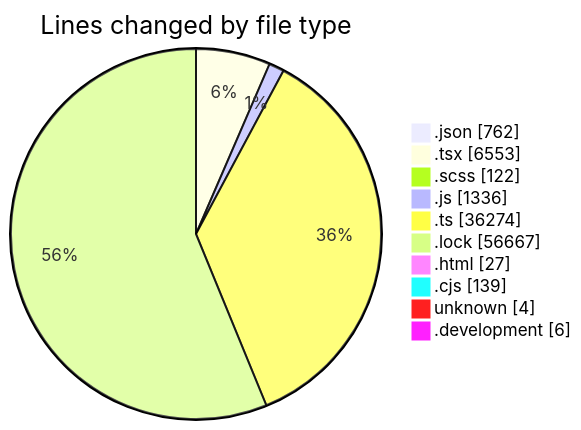
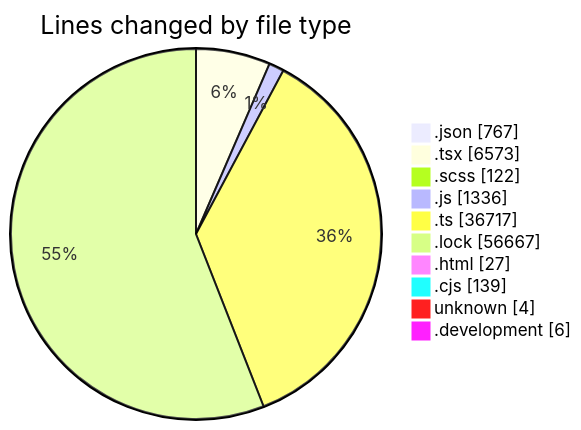
The first of 2 diagrams in 2026-09-03/cda/README.md (momahboobian/code-tracking), drawn with Mermaid before and after one commit. The commit also changed other lines of this file and 1 other file, not shown here.

````diff
--- a/2026-09-03/cda/README.md
+++ b/2026-09-03/cda/README.md
@@ -82,14 +82,14 @@
 ```mermaid
 pie showData
 title Lines changed by file type
-".json" : 762
-".tsx" : 6553
+".json" : 767
+".tsx" : 6573
 ".scss" : 122
 ".js" : 1336
-".ts" : 36274
+".ts" : 36717
 ".lock" : 56667
 ".html" : 27
 ".cjs" : 139
 "unknown" : 4
 ".development" : 6
 ```
````
